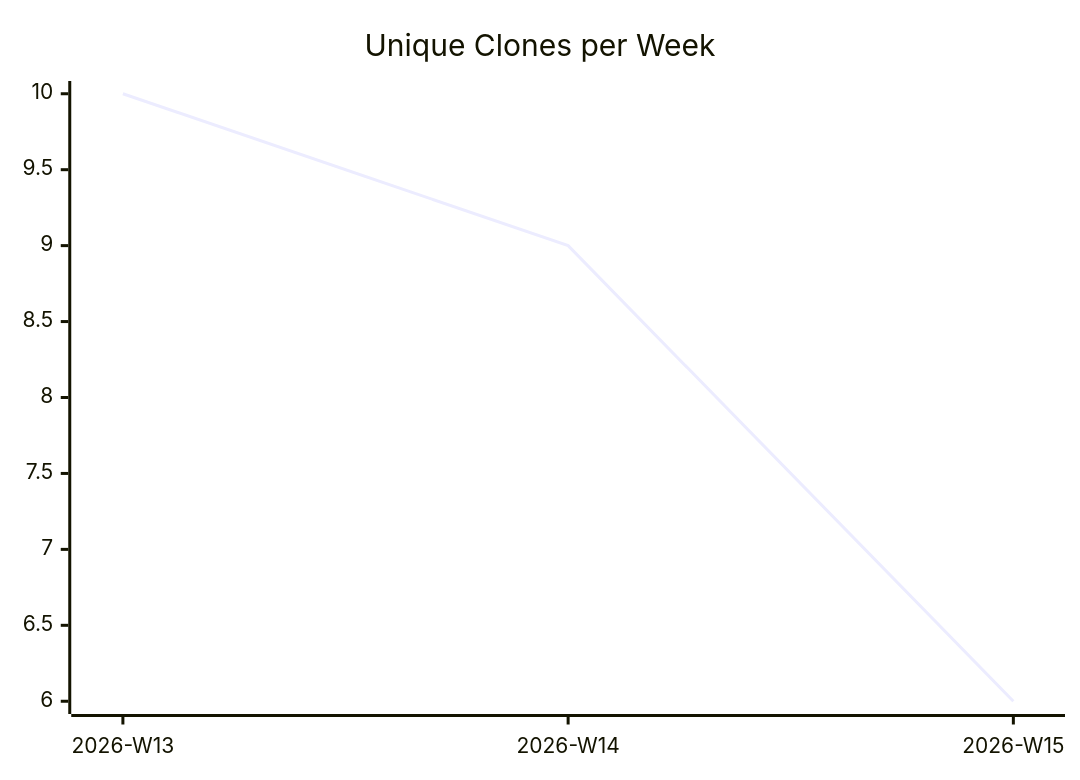
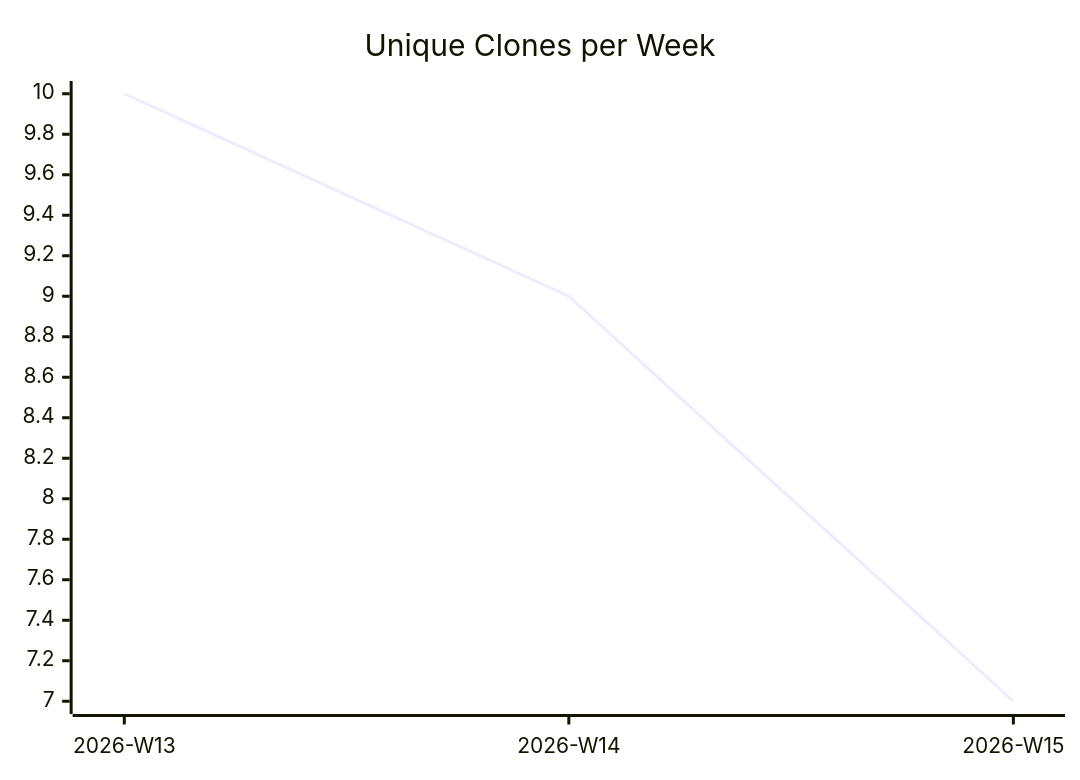
Before and after one commit to justdavis-family/github-analytics-data: the third of 3 diagrams in karlmdavis/usgs-water-api-java/README.md, drawn with Mermaid. The commit also changed other lines of this file and 183 other files, not shown here.

````diff
--- a/karlmdavis/usgs-water-api-java/README.md
+++ b/karlmdavis/usgs-water-api-java/README.md
@@ -19,6 +19,6 @@
 ```mermaid
 xychart-beta
   title "Unique Clones per Week"
   x-axis ["2026-W13", "2026-W14", "2026-W15"]
-  line [10, 9, 6]
+  line [10, 9, 7]
 ```
````
